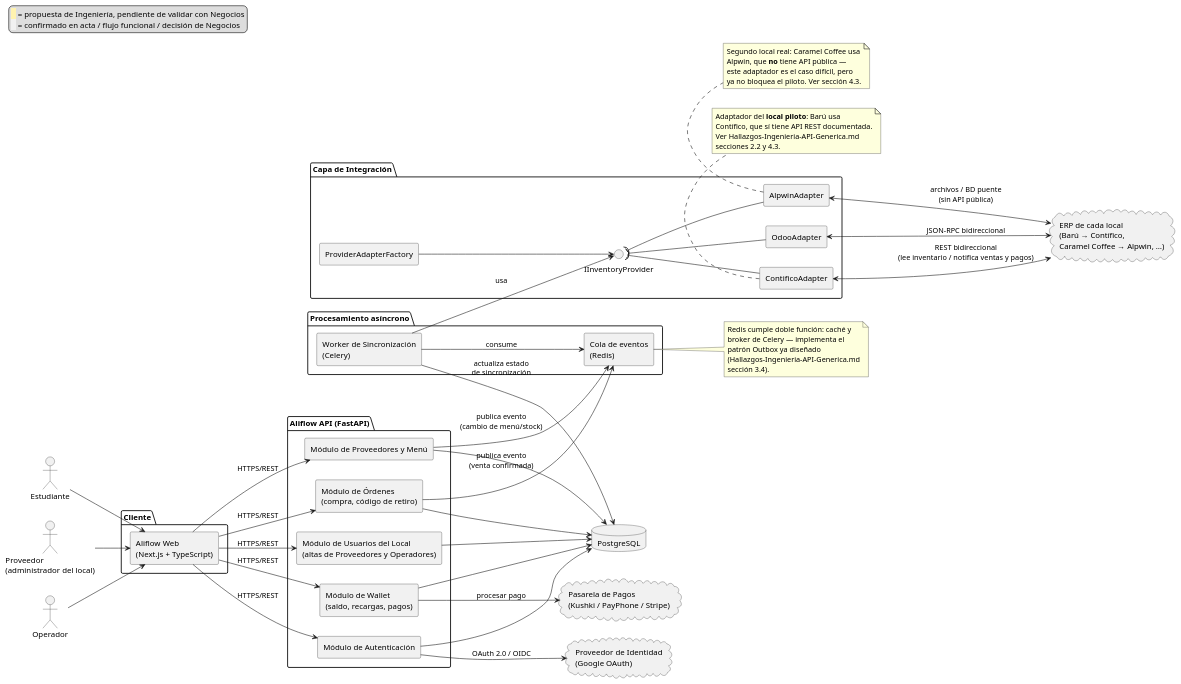
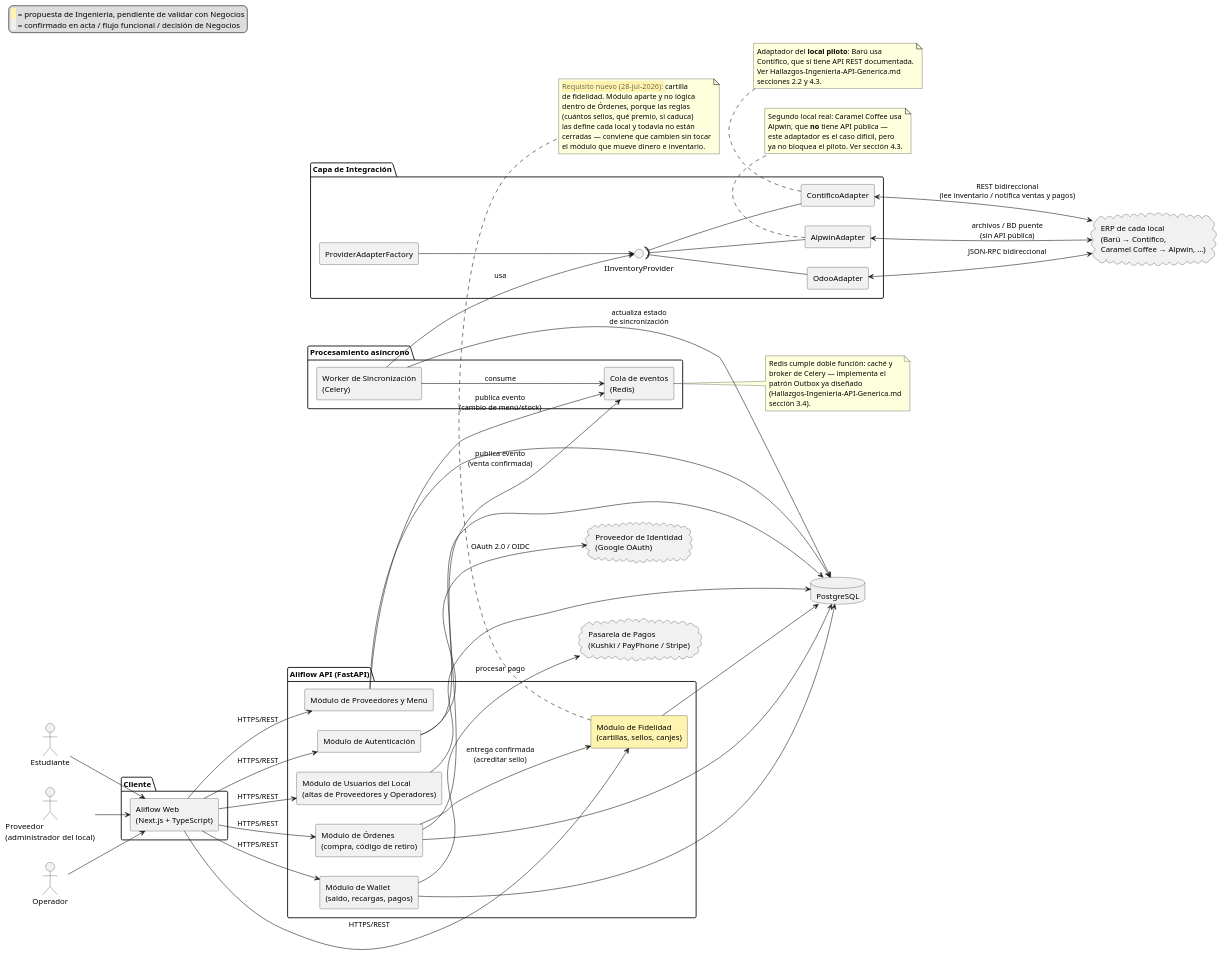
Before and after one commit to Jesus-JB/aliflow: the diagram in uml/diagrama-componentes.puml, drawn with PlantUML. The commit also changed 19 other files, not shown here.

```diff
--- a/uml/diagrama-componentes.puml
+++ b/uml/diagrama-componentes.puml
@@ -1,103 +1,117 @@
 @startuml diagrama-componentes-aliflow
 
 skinparam componentStyle rectangle
 left to right direction
 
 legend top left
   <back:#FFF3B0>  </back> = propuesta de Ingeniería, pendiente de validar con Negocios
   <back:#F1F1F1>  </back> = confirmado en acta / flujo funcional / decisión de Negocios
 endlegend
 
 actor Estudiante
 actor "Proveedor\n(administrador del local)" as Proveedor
 actor Operador
 
 package "Cliente" {
   [Aliflow Web\n(Next.js + TypeScript)] as WEB
 }
 
 package "Aliflow API (FastAPI)" {
   [Módulo de Autenticación] as AUTH
   [Módulo de Wallet\n(saldo, recargas, pagos)] as WALLET
   [Módulo de Órdenes\n(compra, código de retiro)] as ORDERS
   [Módulo de Proveedores y Menú] as PROVMOD
   [Módulo de Usuarios del Local\n(altas de Proveedores y Operadores)] as USERMOD
+  [Módulo de Fidelidad\n(cartillas, sellos, canjes)] as LOYALTY #FFF3B0
 }
 
 package "Capa de Integración" {
   interface IInventoryProvider
   [ProviderAdapterFactory] as FACTORY
   [ContificoAdapter] as CONTIFICOA
   [AlpwinAdapter] as ALPWINA
   [OdooAdapter] as ODOOA
 
   FACTORY --> IInventoryProvider
   CONTIFICOA -up-( IInventoryProvider
   ALPWINA -up-( IInventoryProvider
   ODOOA -up-( IInventoryProvider
 }
 
 package "Procesamiento asíncrono" {
   [Cola de eventos\n(Redis)] as QUEUE
   [Worker de Sincronización\n(Celery)] as WORKER
 }
 
 database "PostgreSQL" as DB
 
 cloud "Proveedor de Identidad\n(Google OAuth)" as IDP
 cloud "Pasarela de Pagos\n(Kushki / PayPhone / Stripe)" as PAY
 cloud "ERP de cada local\n(Barú → Contífico,\nCaramel Coffee → Alpwin, …)" as ERP
 
 Estudiante --> WEB
 Proveedor --> WEB
 Operador --> WEB
 
 WEB --> AUTH : HTTPS/REST
 WEB --> WALLET : HTTPS/REST
 WEB --> ORDERS : HTTPS/REST
 WEB --> PROVMOD : HTTPS/REST
 WEB --> USERMOD : HTTPS/REST
+WEB --> LOYALTY : HTTPS/REST
 
 AUTH --> IDP : OAuth 2.0 / OIDC
 WALLET --> PAY : procesar pago
 
 AUTH --> DB
 WALLET --> DB
 ORDERS --> DB
 PROVMOD --> DB
 USERMOD --> DB
+LOYALTY --> DB
 
+ORDERS --> LOYALTY : entrega confirmada\n(acreditar sello)
 ORDERS --> QUEUE : publica evento\n(venta confirmada)
 PROVMOD --> QUEUE : publica evento\n(cambio de menú/stock)
 
 WORKER --> QUEUE : consume
 WORKER --> IInventoryProvider : usa
 WORKER --> DB : actualiza estado\nde sincronización
 
 CONTIFICOA <--> ERP : REST bidireccional\n(lee inventario / notifica ventas y pagos)
 ODOOA <--> ERP : JSON-RPC bidireccional
 ALPWINA <--> ERP : archivos / BD puente\n(sin API pública)
 
 note bottom of CONTIFICOA
   Adaptador del **local piloto**: Barú usa
   Contífico, que sí tiene API REST documentada.
   Ver Hallazgos-Ingenieria-API-Generica.md
   secciones 2.2 y 4.3.
 end note
 
 note bottom of ALPWINA
   Segundo local real: Caramel Coffee usa
   Alpwin, que **no** tiene API pública —
   este adaptador es el caso difícil, pero
   ya no bloquea el piloto. Ver sección 4.3.
 end note
 
+note bottom of LOYALTY
+  <back:#FFF3B0>Requisito nuevo (28-jul-2026):</back> cartilla
+  de fidelidad. Módulo aparte y no lógica
+  dentro de Órdenes, porque las reglas
+  (cuántos sellos, qué premio, si caduca)
+  las define cada local y todavía no están
+  cerradas — conviene que cambien sin tocar
+  el módulo que mueve dinero e inventario.
+end note
+
 note right of QUEUE
   Redis cumple doble función: caché y
   broker de Celery — implementa el
   patrón Outbox ya diseñado
   (Hallazgos-Ingenieria-API-Generica.md
   sección 3.4).
 end note
 
 @enduml
```
